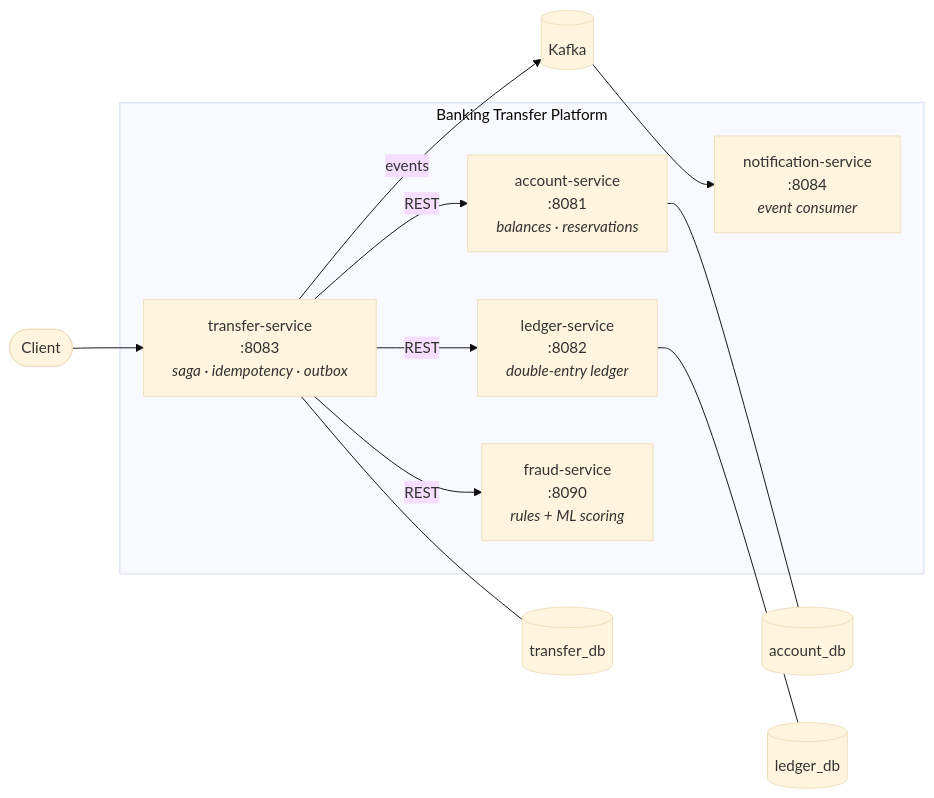
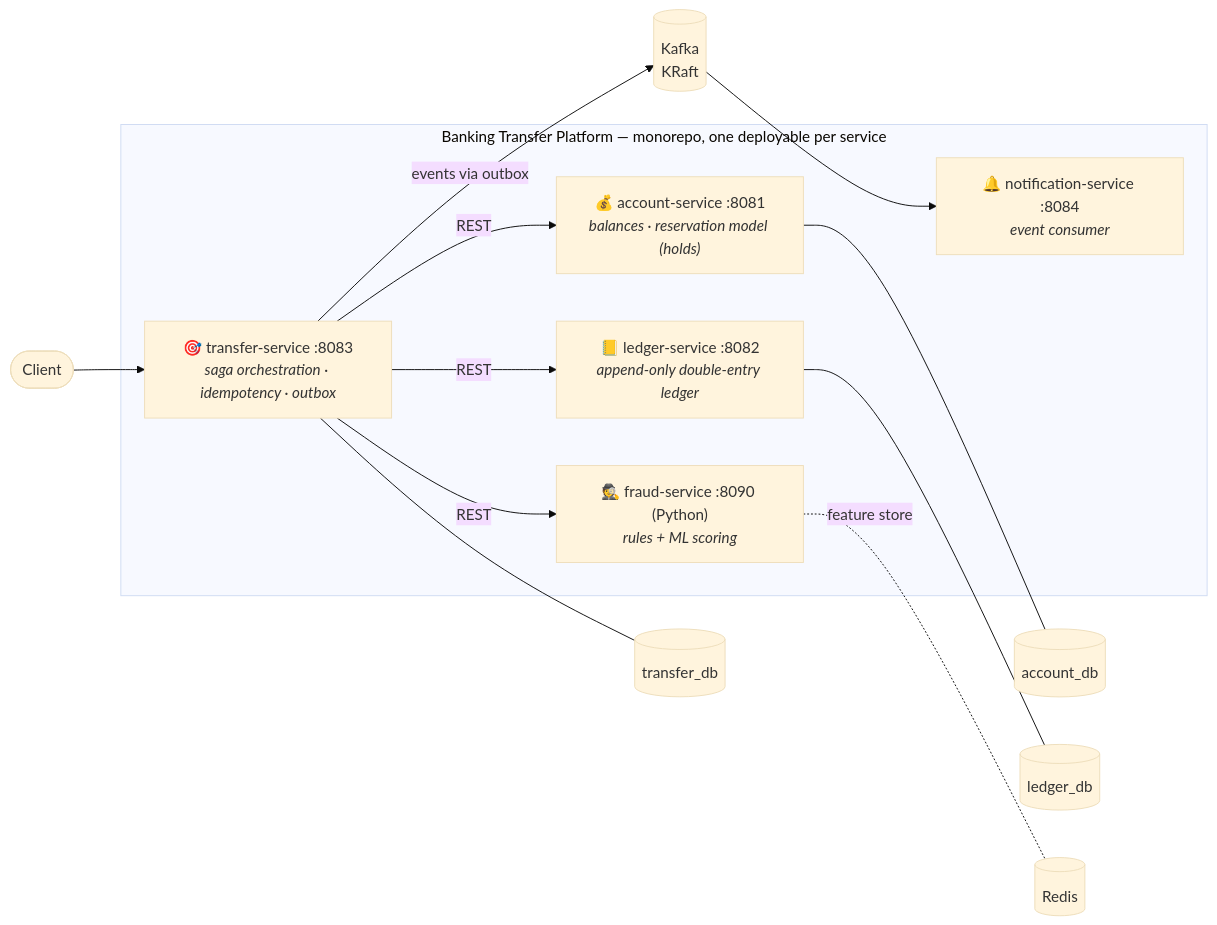
Before and after one commit to gocenalper/Banking-Transfer-Fraud: the first of 2 diagrams in README.md, drawn with Mermaid (base theme). The commit also changed other lines of this file, not shown here.

First line of the commit message:
docs: refresh README with current architecture and progress

````diff
--- a/README.md
+++ b/README.md
@@ -19,27 +20,29 @@
 ```mermaid
 flowchart LR
     Client([Client])
 
-    subgraph Platform["Banking Transfer Platform"]
-        TS["transfer-service<br/>:8083<br/><i>saga · idempotency · outbox</i>"]
-        AS["account-service<br/>:8081<br/><i>balances · reservations</i>"]
-        LS["ledger-service<br/>:8082<br/><i>double-entry ledger</i>"]
-        NS["notification-service<br/>:8084<br/><i>event consumer</i>"]
-        FS["fraud-service<br/>:8090<br/><i>rules + ML scoring</i>"]
+    subgraph Platform["Banking Transfer Platform — monorepo, one deployable per service"]
+        TS["🎯 transfer-service :8083<br/><i>saga orchestration · idempotency · outbox</i>"]
+        AS["💰 account-service :8081<br/><i>balances · reservation model (holds)</i>"]
+        LS["📒 ledger-service :8082<br/><i>append-only double-entry ledger</i>"]
+        NS["🔔 notification-service :8084<br/><i>event consumer</i>"]
+        FS["🕵️ fraud-service :8090 (Python)<br/><i>rules + ML scoring</i>"]
     end
 
-    K[(Kafka)]
+    K[(Kafka<br/>KRaft)]
     ADB[(account_db)]
     LDB[(ledger_db)]
     TDB[(transfer_db)]
+    R[(Redis)]
 
     Client --> TS
     TS -->|REST| AS
     TS -->|REST| LS
     TS -->|REST| FS
-    TS -->|events| K
+    TS -->|events via outbox| K
     K --> NS
     AS --- ADB
     LS --- LDB
     TS --- TDB
+    FS -.feature store.- R
 ```
````
